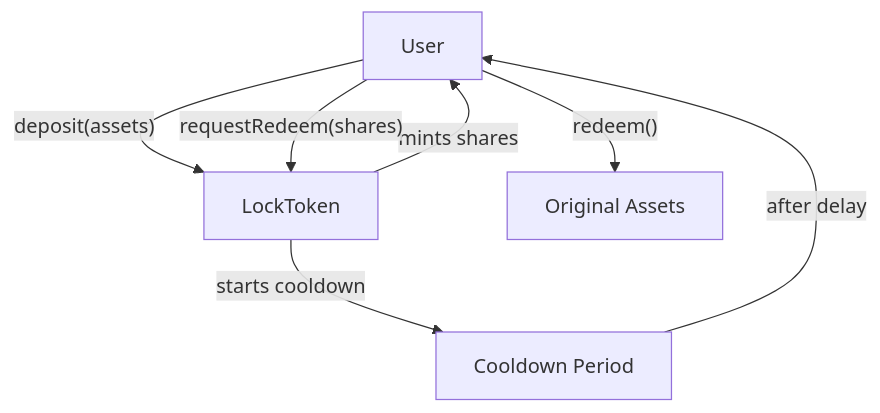
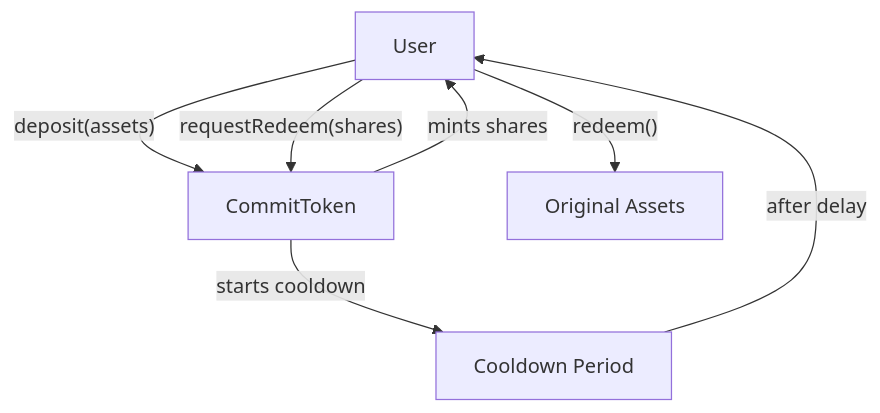
Before and after one commit to apyx-labs/evm-contracts: the fourth of 4 diagrams in README.md, drawn with Mermaid. The commit also changed other lines of this file and 12 other files, not shown here.

Commit message:
rename all occurances of LockToken with CommitToken

````diff
--- a/README.md
+++ b/README.md
@@ -74,9 +74,9 @@
 ```mermaid
 flowchart TB
-    User -->|"deposit(assets)"| LockToken
-    LockToken -->|"mints shares"| User
-    User -->|"requestRedeem(shares)"| LockToken
-    LockToken -->|"starts cooldown"| CooldownPeriod[Cooldown Period]
+    User -->|"deposit(assets)"| CommitToken
+    CommitToken -->|"mints shares"| User
+    User -->|"requestRedeem(shares)"| CommitToken
+    CommitToken -->|"starts cooldown"| CooldownPeriod[Cooldown Period]
     CooldownPeriod -->|"after delay"| User
     User -->|"redeem()"| Assets[Original Assets]
 ```
````
